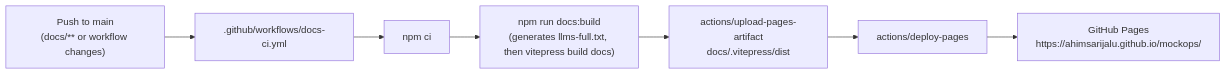
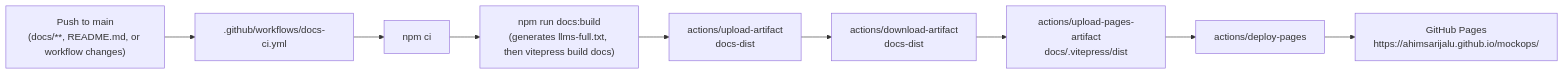
Before and after one commit to ahimsarijalu/mockops: the diagram in docs/deployment/github-pages.md, drawn with Mermaid. The commit also changed other lines of this file and 4 other files, not shown here.

````diff
--- a/docs/deployment/github-pages.md
+++ b/docs/deployment/github-pages.md
@@ -10,12 +10,14 @@
 ```mermaid
 flowchart LR
-    Push["Push to main<br/>(docs/** or workflow changes)"]
+    Push["Push to main<br/>(docs/**, README.md, or workflow changes)"]
     Workflow[".github/workflows/docs-ci.yml"]
     Install["npm ci"]
     Build["npm run docs:build<br/>(generates llms-full.txt, then vitepress build docs)"]
+    BuildArtifact["actions/upload-artifact<br/>docs-dist"]
+    Download["actions/download-artifact<br/>docs-dist"]
     Artifact["actions/upload-pages-artifact<br/>docs/.vitepress/dist"]
     Deploy["actions/deploy-pages"]
     Pages["GitHub Pages<br/>https://ahimsarijalu.github.io/mockops/"]
 
-    Push --> Workflow --> Install --> Build --> Artifact --> Deploy --> Pages
+    Push --> Workflow --> Install --> Build --> BuildArtifact --> Download --> Artifact --> Deploy --> Pages
 ```
````
